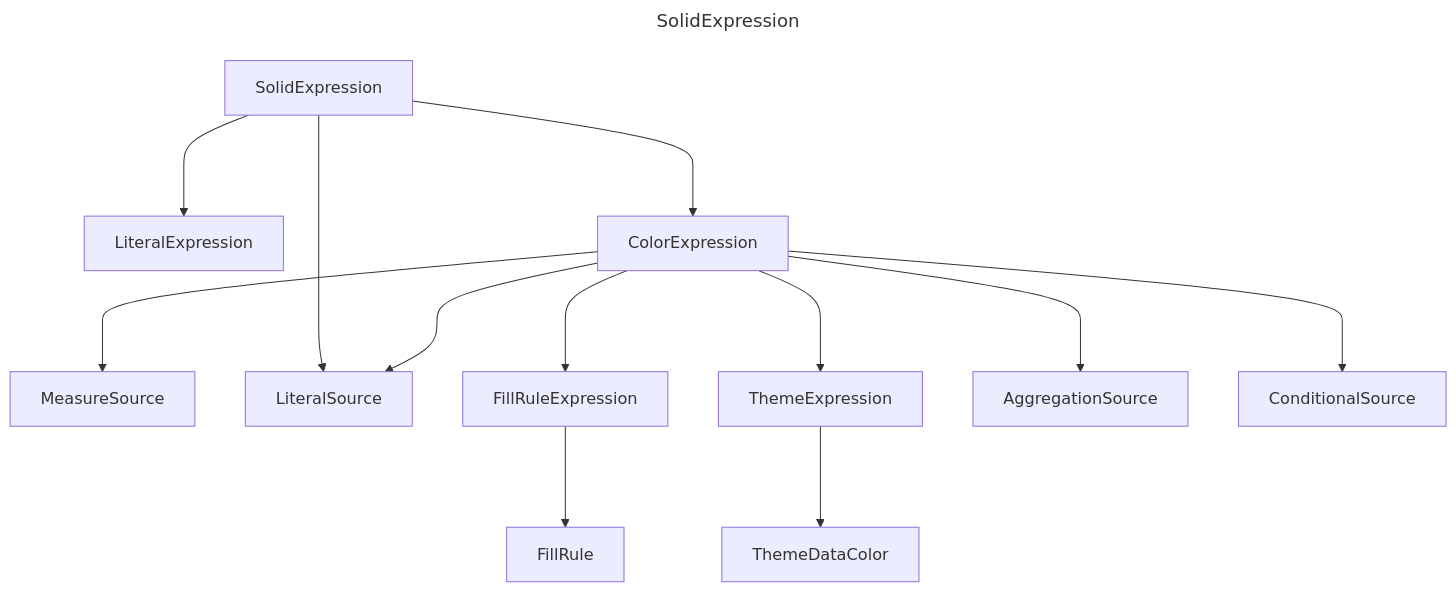
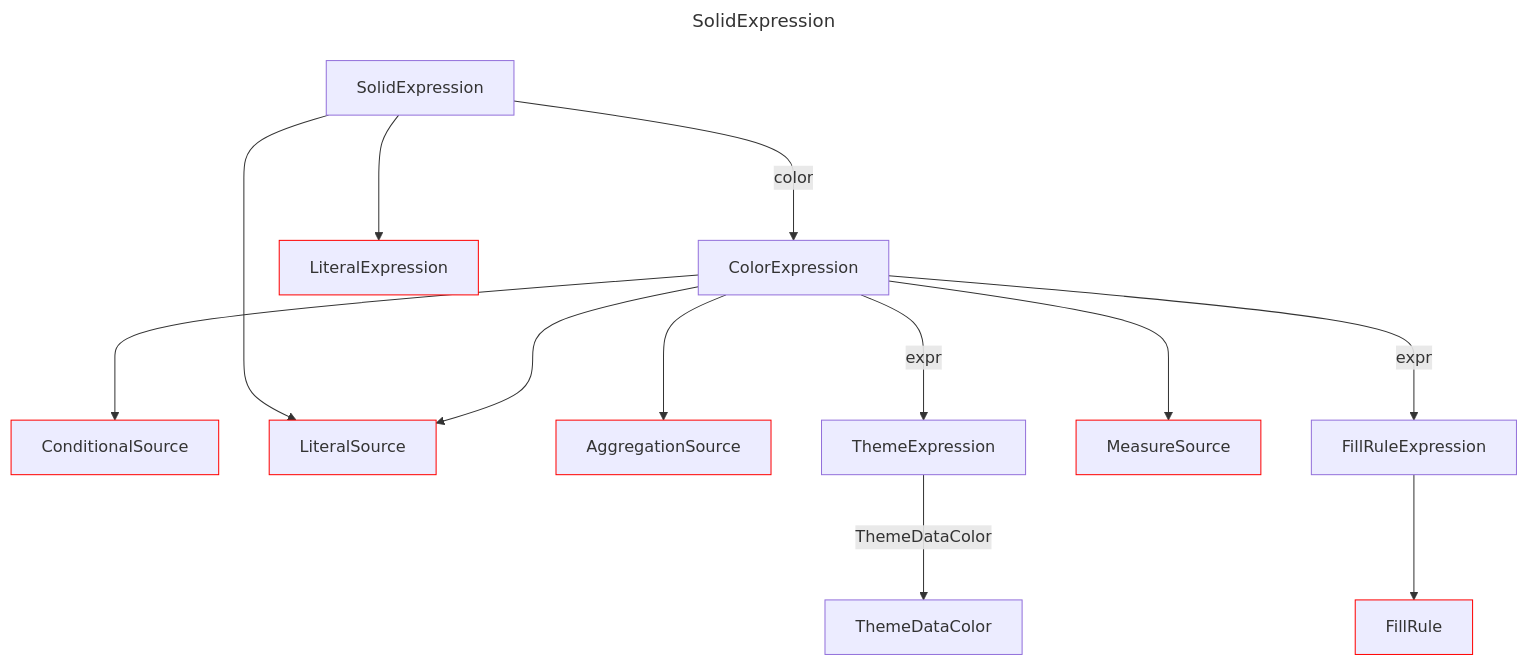
The diagram in docs/docs/layout/erd/SolidExpression.md (douglassimonsen/pbi_core), drawn with Mermaid before and after one commit. The commit also changed 77 other files, not shown here.

Commit message:
Updated to color code the layout ERD

````diff
--- a/docs/docs/layout/erd/SolidExpression.md
+++ b/docs/docs/layout/erd/SolidExpression.md
@@ -1,28 +1,34 @@
 ```mermaid
 ---
 title: SolidExpression
 ---
 graph 
-2721642009152["MeasureSource"]
-2721641835424["LiteralExpression"]
-2721642022816["LiteralSource"]
-2721641857872["SolidExpression"]
-2721641855920["ThemeExpression"]
-2721641852992["FillRule"]
-2721641872512["ColorExpression"]
-2721641853968["FillRuleExpression"]
-2721642003296["AggregationSource"]
-2721641862752["ConditionalSource"]
-2721641836400["ThemeDataColor"]
-2721641872512 ---> 2721642003296
-2721641872512 ---> 2721641853968
-2721641872512 ---> 2721642009152
-2721641857872 ---> 2721642022816
-2721641853968 ---> 2721641852992
-2721641872512 ---> 2721641862752
-2721641857872 ---> 2721641872512
-2721641872512 ---> 2721641855920
-2721641872512 ---> 2721642022816
-2721641855920 ---> 2721641836400
-2721641857872 ---> 2721641835424
+2430071903648["ConditionalSource"]
+style 2430071903648 stroke:#ff0000,stroke-width:1px
+2430071898768["ColorExpression"]
+2430071896816["SolidExpression"]
+2430071895840["FillRule"]
+style 2430071895840 stroke:#ff0000,stroke-width:1px
+2430071816784["LiteralSource"]
+style 2430071816784 stroke:#ff0000,stroke-width:1px
+2430071358016["AggregationSource"]
+style 2430071358016 stroke:#ff0000,stroke-width:1px
+2430071892912["ThemeExpression"]
+2430071359968["MeasureSource"]
+style 2430071359968 stroke:#ff0000,stroke-width:1px
+2430071897792["ThemeDataColor"]
+2430071887056["LiteralExpression"]
+style 2430071887056 stroke:#ff0000,stroke-width:1px
+2430071890960["FillRuleExpression"]
+2430071898768 ---> 2430071903648
+2430071898768 ---> 2430071358016
+2430071898768 ---> 2430071359968
+2430071892912 --->|ThemeDataColor| 2430071897792
+2430071896816 ---> 2430071816784
+2430071898768 --->|expr| 2430071892912
+2430071896816 --->|color| 2430071898768
+2430071890960 ---> 2430071895840
+2430071898768 --->|expr| 2430071890960
+2430071898768 ---> 2430071816784
+2430071896816 ---> 2430071887056
 ```
````
